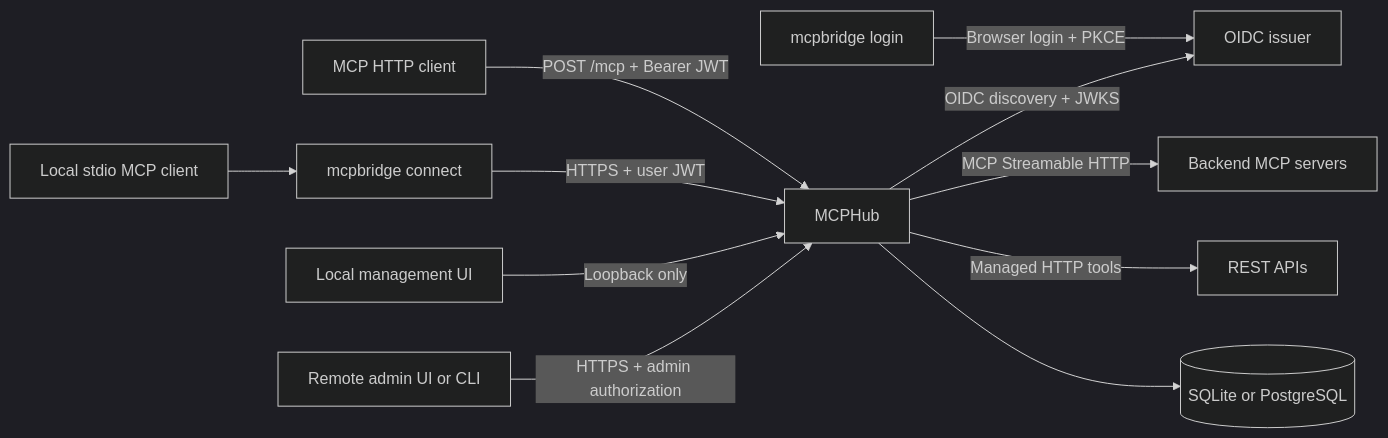
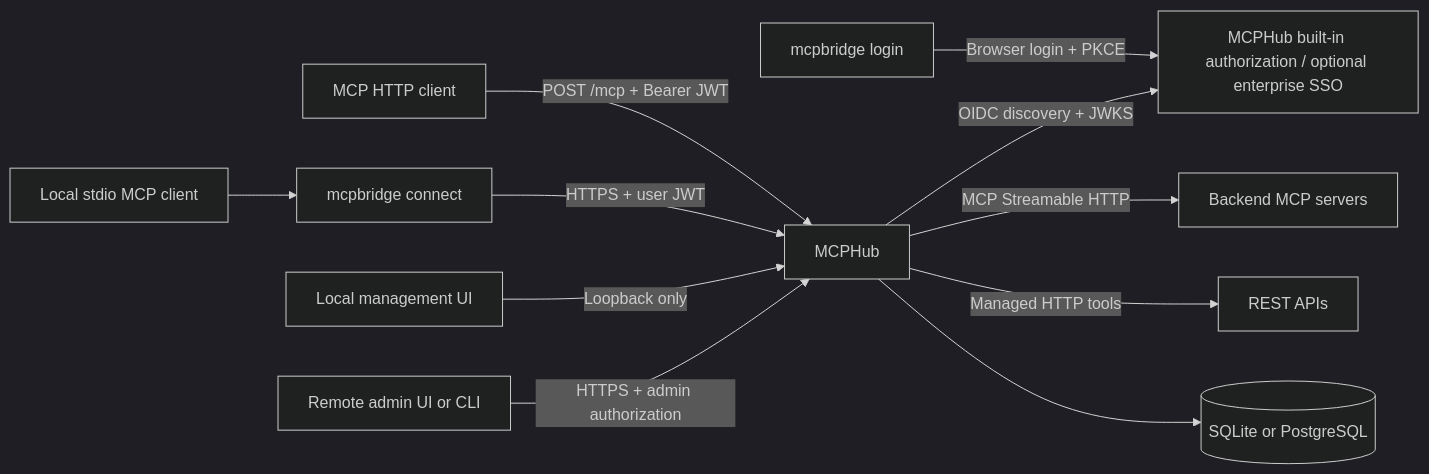
Before and after one commit to SamuelSupe/mcphub: the diagram in README.md, drawn with Mermaid (dark theme). The commit also changed other lines of this file and 146 other files, not shown here.

````diff
--- a/README.md
+++ b/README.md
@@ -94,13 +119,13 @@
 ```mermaid
 flowchart LR
     C[MCP HTTP client] -->|POST /mcp + Bearer JWT| H[MCPHub]
     S[Local stdio MCP client] --> CLI[mcpbridge connect]
     CLI -->|HTTPS + user JWT| H
-    L[mcpbridge login] -->|Browser login + PKCE| I[OIDC issuer]
+    L[mcpbridge login] -->|Browser login + PKCE| I[MCPHub built-in authorization / optional enterprise SSO]
     H -->|OIDC discovery + JWKS| I
     H -->|MCP Streamable HTTP| B[Backend MCP servers]
     H -->|Managed HTTP tools| A[REST APIs]
     U[Local management UI] -->|Loopback only| H
     R[Remote admin UI or CLI] -->|HTTPS + admin authorization| H
     H --> D[(SQLite or PostgreSQL)]
 ```
````
